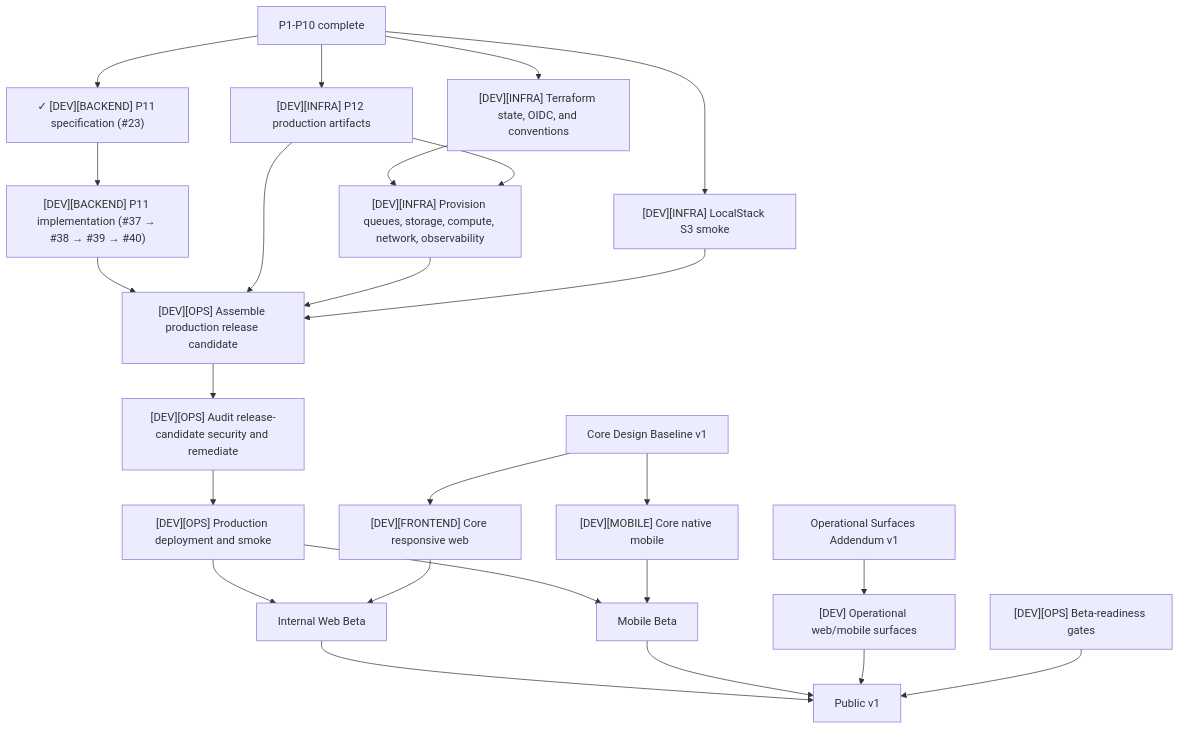
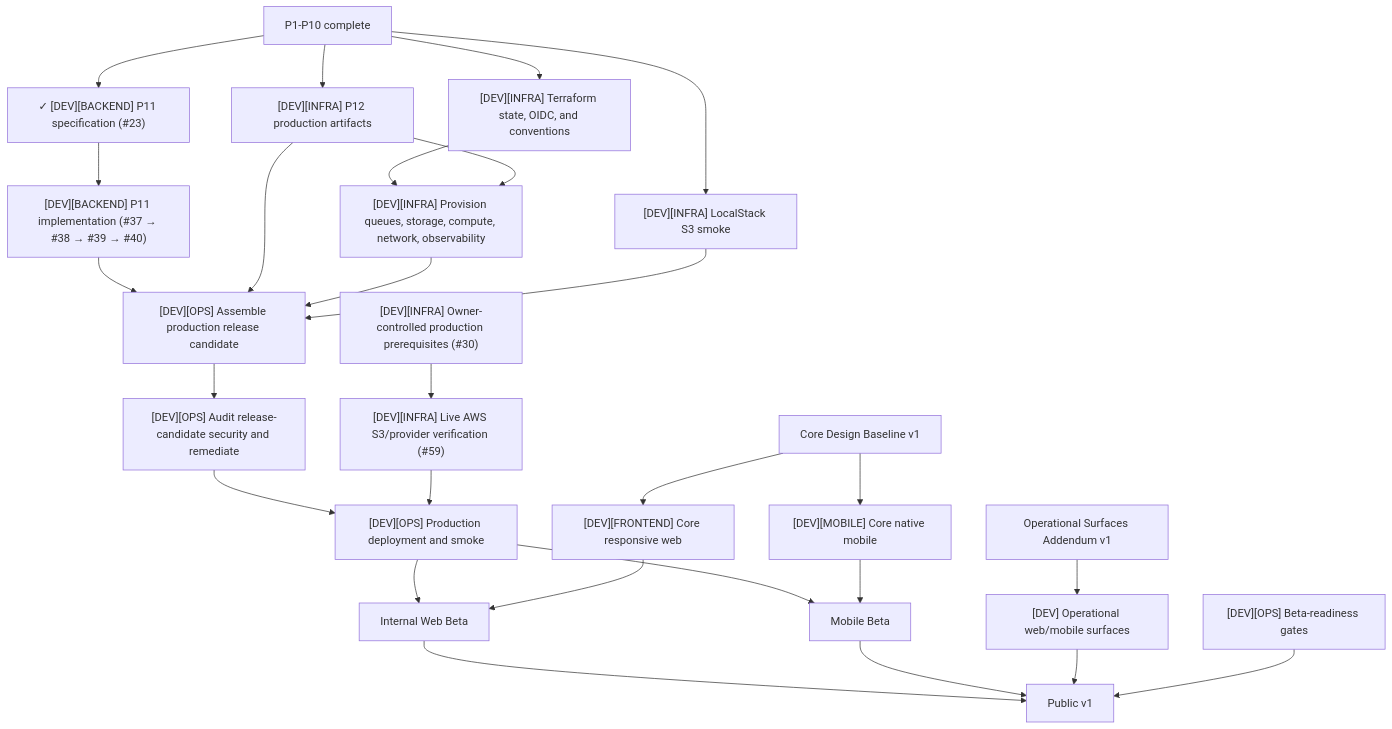
The diagram in docs/architecture/production-roadmap.md (starkovalera/recipe-manager), drawn with Mermaid before and after one commit. The commit also changed other lines of this file and 4 other files, not shown here.

````diff
--- a/docs/architecture/production-roadmap.md
+++ b/docs/architecture/production-roadmap.md
@@ -187,32 +188,35 @@
 ```mermaid
 flowchart TD
   p10["P1-P10 complete"]
   p10 --> p11Spec["✓ [DEV][BACKEND] P11 specification (#23)"]
   p11Spec --> p11Implementation["[DEV][BACKEND] P11 implementation (#37 → #38 → #39 → #40)"]
   p10 --> p12["[DEV][INFRA] P12 production artifacts"]
   p10 --> localstack["[DEV][INFRA] LocalStack S3 smoke"]
   p10 --> tfFoundation["[DEV][INFRA] Terraform state, OIDC, and conventions"]
+  ownerInputs["[DEV][INFRA] Owner-controlled production prerequisites (#30)"]
+  ownerInputs --> liveAws["[DEV][INFRA] Live AWS S3/provider verification (#59)"]
 
   tfFoundation --> cloudResources["[DEV][INFRA] Provision queues, storage, compute, network, observability"]
   p12 --> cloudResources
 
   p11Implementation --> releaseCandidate["[DEV][OPS] Assemble production release candidate"]
   p12 --> releaseCandidate
   cloudResources --> releaseCandidate
   localstack --> releaseCandidate
   releaseCandidate --> security["[DEV][OPS] Audit release-candidate security and remediate"]
   security --> technicalProd["[DEV][OPS] Production deployment and smoke"]
+  liveAws --> technicalProd
 
   designCore["Core Design Baseline v1"] --> web["[DEV][FRONTEND] Core responsive web"]
   designCore --> mobile["[DEV][MOBILE] Core native mobile"]
   technicalProd --> webBeta["Internal Web Beta"]
   web --> webBeta
   technicalProd --> mobileBeta["Mobile Beta"]
   mobile --> mobileBeta
 
   designOps["Operational Surfaces Addendum v1"] --> operationalClients["[DEV] Operational web/mobile surfaces"]
   webBeta --> publicV1["Public v1"]
   mobileBeta --> publicV1
   operationalClients --> publicV1
   beta["[DEV][OPS] Beta-readiness gates"] --> publicV1
 ```
````
